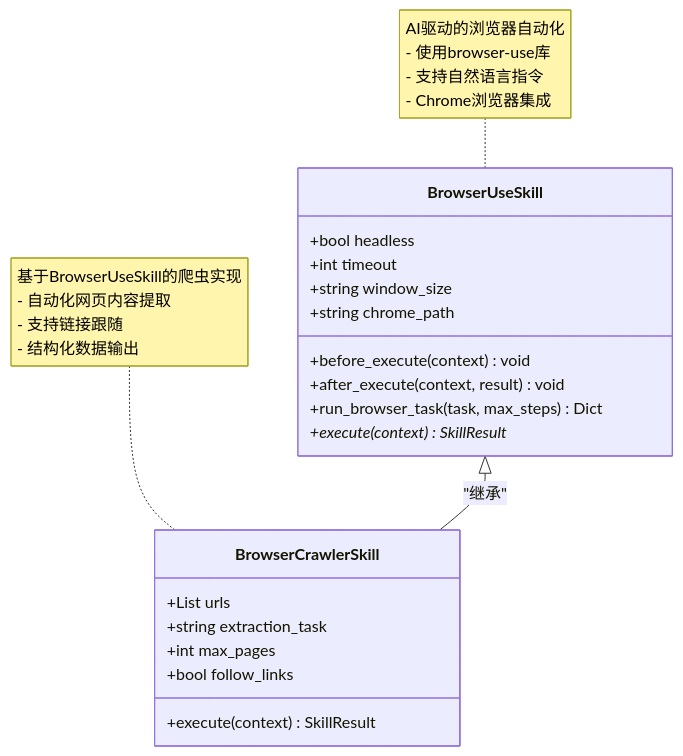
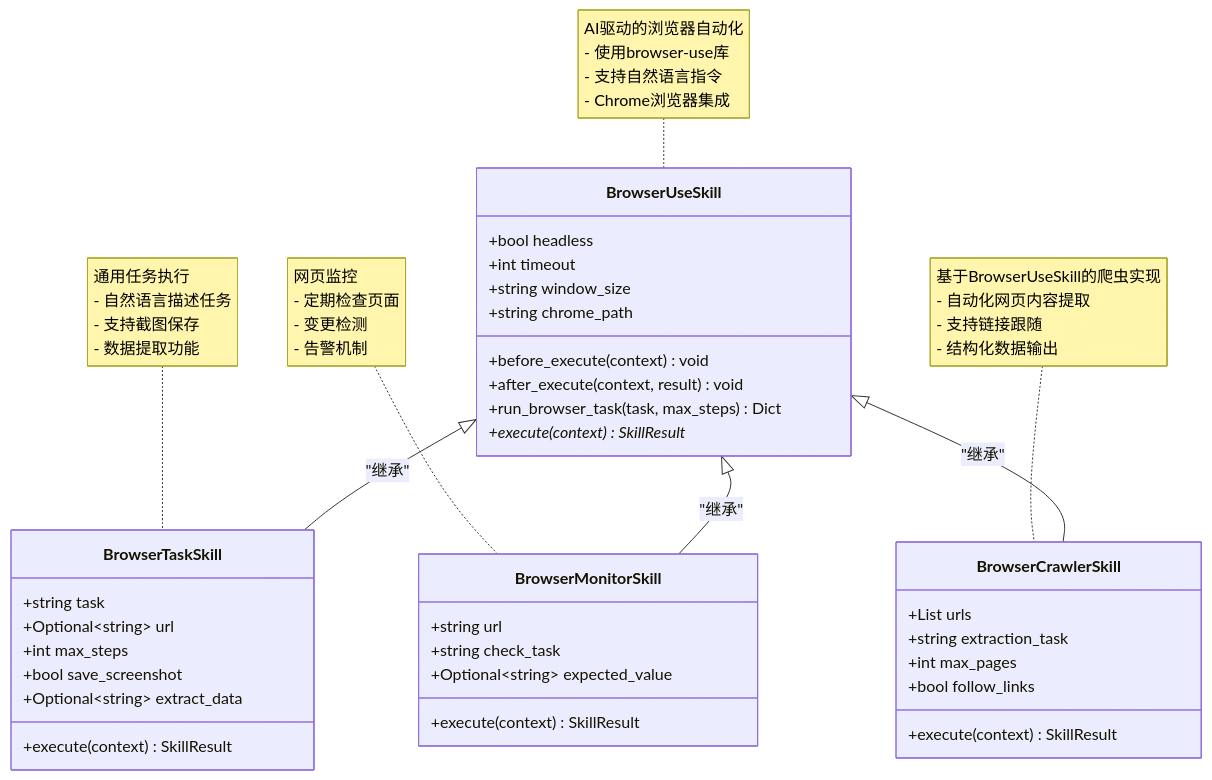
The seventh of 17 diagrams in .qoder/repowiki/zh/content/项目概述/核心功能特性/技能系统.md (jackeyunjie/open-notebook), drawn with Mermaid before and after one commit. The commit also changed other lines of this file and 11 other files, not shown here.

````diff
--- a/.qoder/repowiki/zh/content/项目概述/核心功能特性/技能系统.md
+++ b/.qoder/repowiki/zh/content/项目概述/核心功能特性/技能系统.md
@@ -355,23 +371,41 @@
 ```mermaid
 classDiagram
 class BrowserUseSkill {
 +bool headless
 +int timeout
 +string window_size
 +string chrome_path
 +before_execute(context) void
 +after_execute(context, result) void
 +run_browser_task(task, max_steps) Dict
 +execute(context) SkillResult*
 }
+class BrowserTaskSkill {
++string task
++Optional~string~ url
++int max_steps
++bool save_screenshot
++Optional~string~ extract_data
++execute(context) SkillResult
+}
+class BrowserMonitorSkill {
++string url
++string check_task
++Optional~string~ expected_value
++execute(context) SkillResult
+}
 class BrowserCrawlerSkill {
 +List urls
 +string extraction_task
 +int max_pages
 +bool follow_links
 +execute(context) SkillResult
 }
+BrowserUseSkill <|-- BrowserTaskSkill : "继承"
+BrowserUseSkill <|-- BrowserMonitorSkill : "继承"
 BrowserUseSkill <|-- BrowserCrawlerSkill : "继承"
 note for BrowserUseSkill "AI驱动的浏览器自动化<br/>- 使用browser-use库<br/>- 支持自然语言指令<br/>- Chrome浏览器集成"
+note for BrowserTaskSkill "通用任务执行<br/>- 自然语言描述任务<br/>- 支持截图保存<br/>- 数据提取功能"
+note for BrowserMonitorSkill "网页监控<br/>- 定期检查页面<br/>- 变更检测<br/>- 告警机制"
 note for BrowserCrawlerSkill "基于BrowserUseSkill的爬虫实现<br/>- 自动化网页内容提取<br/>- 支持链接跟随<br/>- 结构化数据输出"
 ```
````
